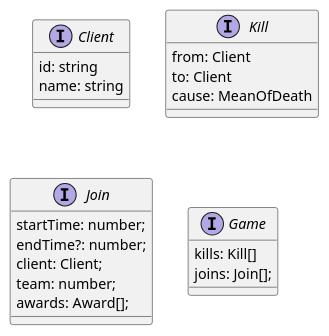
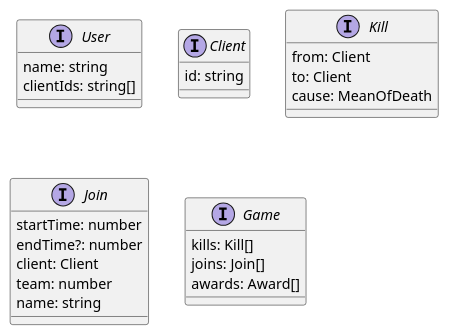
The diagram in docs/logs.plantuml (mucer/openarena-log-parser), drawn with PlantUML before and after one commit. The commit also changed 24 other files, not shown here.

```diff
--- a/docs/logs.plantuml
+++ b/docs/logs.plantuml
@@ -1,23 +1,28 @@
+interface User {
+    name: string
+    clientIds: string[]
+}
+
 interface Client {
     id: string
-    name: string
 }
 
 interface Kill {
     from: Client
     to: Client
     cause: MeanOfDeath
 }
 
 interface Join {
-    startTime: number;
-    endTime?: number;
-    client: Client;
-    team: number;
-    awards: Award[];
+    startTime: number
+    endTime?: number
+    client: Client
+    team: number
+    name: string
 }
 
 interface Game {
     kills: Kill[]
-    joins: Join[];
+    joins: Join[]
+    awards: Award[]
 }
```
